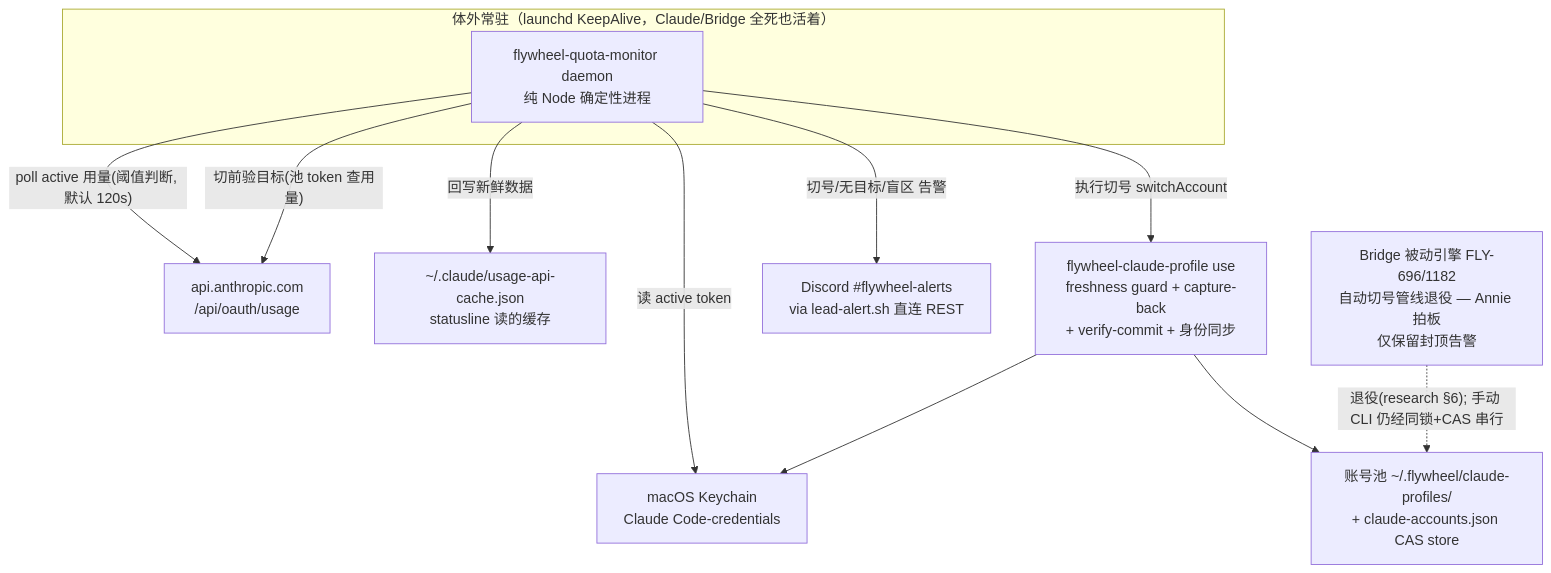
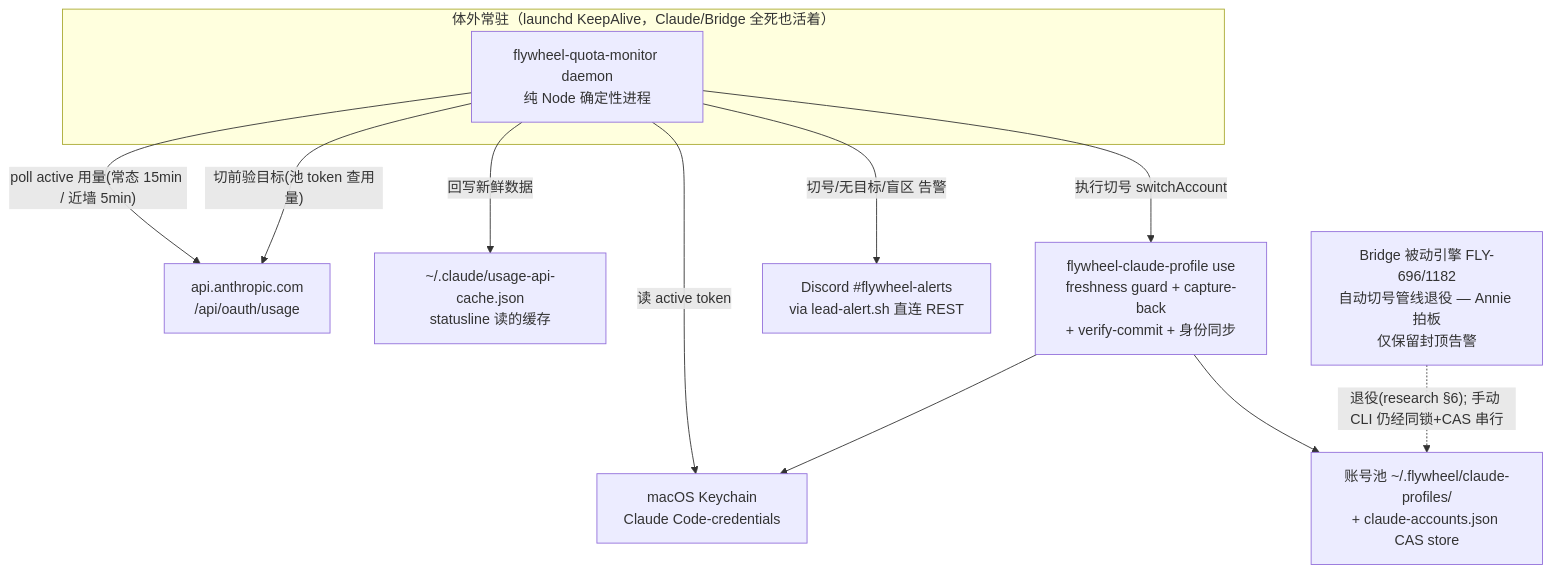
The diagram in engineering/doc/FLY-1256-external-quota-autoswitch/exploration.md (xrliAnnie/flywheel-qa-sandbox), drawn with Mermaid before and after one commit. The commit also changed other lines of this file and 1 other file, not shown here.

````diff
--- a/engineering/doc/FLY-1256-external-quota-autoswitch/exploration.md
+++ b/engineering/doc/FLY-1256-external-quota-autoswitch/exploration.md
@@ -71,23 +89,23 @@
 ```mermaid
 graph TB
     subgraph 体外["体外常驻（launchd KeepAlive，Claude/Bridge 全死也活着）"]
         D[flywheel-quota-monitor daemon<br/>纯 Node 确定性进程]
     end
     API[api.anthropic.com<br/>/api/oauth/usage]
     KC[macOS Keychain<br/>Claude Code-credentials]
     POOL[账号池 ~/.flywheel/claude-profiles/<br/>+ claude-accounts.json CAS store]
     CACHE[~/.claude/usage-api-cache.json<br/>statusline 读的缓存]
     PROF[flywheel-claude-profile use<br/>freshness guard + capture-back<br/>+ verify-commit + 身份同步]
     DISC[Discord #flywheel-alerts<br/>via lead-alert.sh 直连 REST]
     BRIDGE[Bridge 被动引擎 FLY-696/1182<br/>自动切号管线退役 — Annie 拍板<br/>仅保留封顶告警]
 
-    D -->|"poll active 用量(阈值判断, 默认 120s)"| API
+    D -->|"poll active 用量(常态 15min / 近墙 5min)"| API
     D -->|读 active token| KC
     D -->|回写新鲜数据| CACHE
     D -->|"切前验目标(池 token 查用量)"| API
     D -->|执行切号 switchAccount| PROF
     PROF --> KC
     PROF --> POOL
     D -->|切号/无目标/盲区 告警| DISC
     BRIDGE -.->|"退役(research §6); 手动 CLI 仍经同锁+CAS 串行"| POOL
 ```
````
